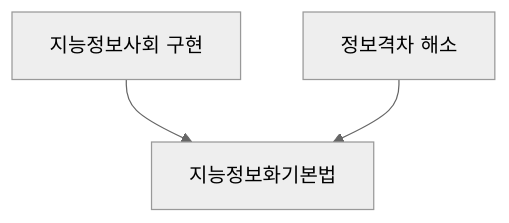
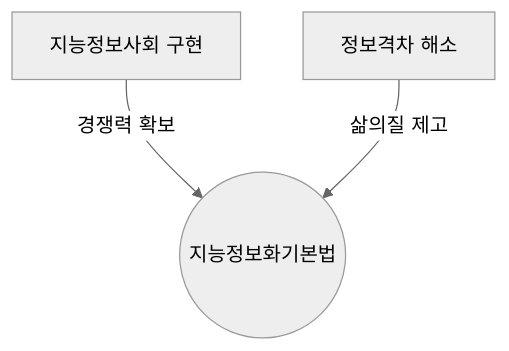
The diagram in blog/pe/mng/지능정보화기본법.md (gracefullight/gracefullight.github.io), drawn with Mermaid (neutral theme) before and after one commit. The commit also changed other lines of this file, not shown here.

````diff
--- a/blog/pe/mng/지능정보화기본법.md
+++ b/blog/pe/mng/지능정보화기본법.md
@@ -13,8 +13,8 @@
 ```mermaid
 graph TB
-  A1[지능정보사회 구현]
-  A2[정보격차 해소]
-  A[지능정보화기본법]
-  A1 --> A
-  A2 --> A
+  지능정보사회구현[지능정보사회 구현]
+  정보격차해소[정보격차 해소]
+  지능정보화기본법((지능정보화기본법))
+    지능정보사회구현 -->|경쟁력 확보| 지능정보화기본법
+    정보격차해소 -->|삶의질 제고| 지능정보화기본법
 ```
````
